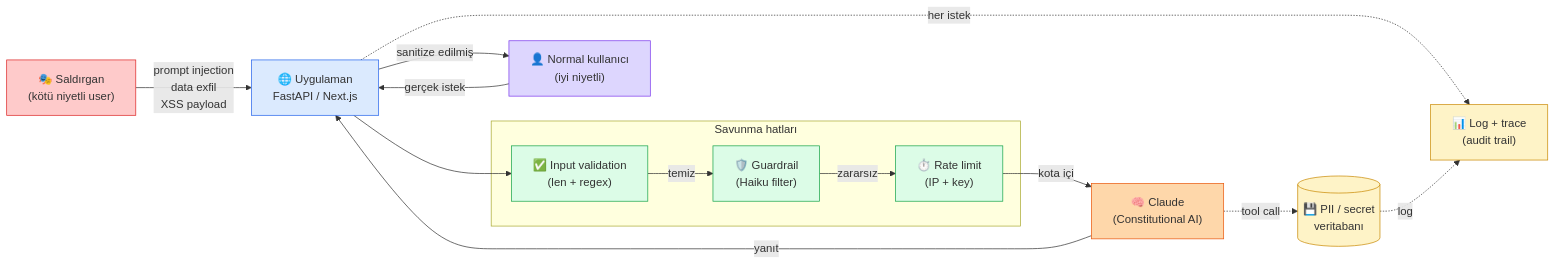
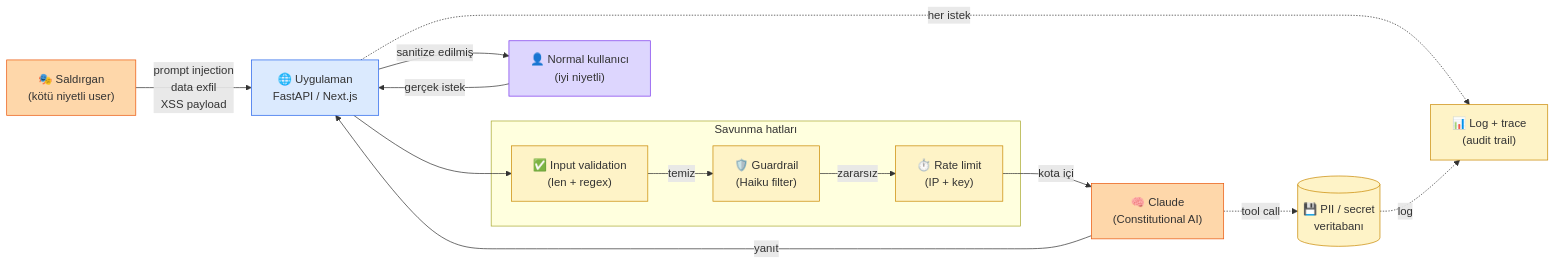
The diagram in docs/bolum-8/01-tehditler.md (KemalG-u/muhendisal-platform), drawn with Mermaid before and after one commit. The commit also changed other lines of this file and 20 other files, not shown here.

````diff
--- a/docs/bolum-8/01-tehditler.md
+++ b/docs/bolum-8/01-tehditler.md
@@ -22,38 +23,38 @@
 ```mermaid
 flowchart LR
     ATK["🎭 Saldırgan\n(kötü niyetli user)"]
     NORMAL["👤 Normal kullanıcı\n(iyi niyetli)"]
 
     subgraph SAVUNMA["Savunma hatları"]
         VAL["✅ Input validation\n(len + regex)"]
         GUARD["🛡️ Guardrail\n(Haiku filter)"]
         RATE["⏱️ Rate limit\n(IP + key)"]
     end
 
     APP["🌐 Uygulaman\nFastAPI / Next.js"]
     CLAUDE["🧠 Claude\n(Constitutional AI)"]
     LOG["📊 Log + trace\n(audit trail)"]
     DB[("💾 PII / secret\nveritabanı")]
 
     ATK -->|"prompt injection\ndata exfil\nXSS payload"| APP
     NORMAL -->|"gerçek istek"| APP
     APP --> VAL
     VAL -->|"temiz"| GUARD
     GUARD -->|"zararsız"| RATE
     RATE -->|"kota içi"| CLAUDE
     CLAUDE -->|"yanıt"| APP
     APP -->|"sanitize edilmiş"| NORMAL
     APP -.->|"her istek"| LOG
     CLAUDE -.->|"tool call"| DB
     DB -.->|"log"| LOG
 
-    style ATK fill:#fecaca,stroke:#dc2626
+    style ATK fill:#fed7aa,stroke:#ea580c
     style NORMAL fill:#ddd6fe,stroke:#7c3aed
     style APP fill:#dbeafe,stroke:#2563eb
-    style VAL fill:#dcfce7,stroke:#16a34a
-    style GUARD fill:#dcfce7,stroke:#16a34a
-    style RATE fill:#dcfce7,stroke:#16a34a
+    style VAL fill:#fef3c7,stroke:#ca8a04
+    style GUARD fill:#fef3c7,stroke:#ca8a04
+    style RATE fill:#fef3c7,stroke:#ca8a04
     style CLAUDE fill:#fed7aa,stroke:#ea580c
     style LOG fill:#fef3c7,stroke:#ca8a04
     style DB fill:#fef3c7,stroke:#ca8a04
 ```
````
